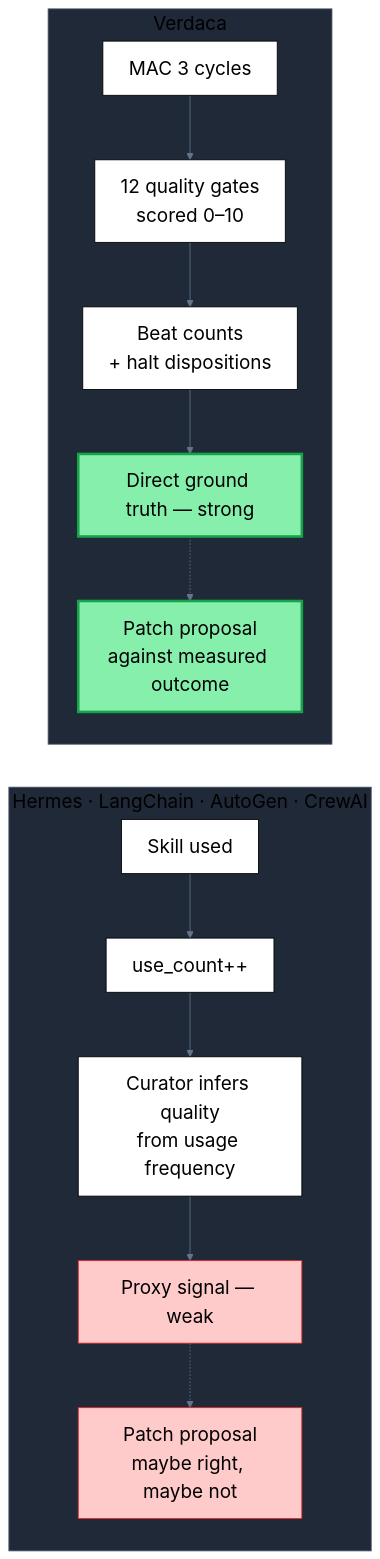
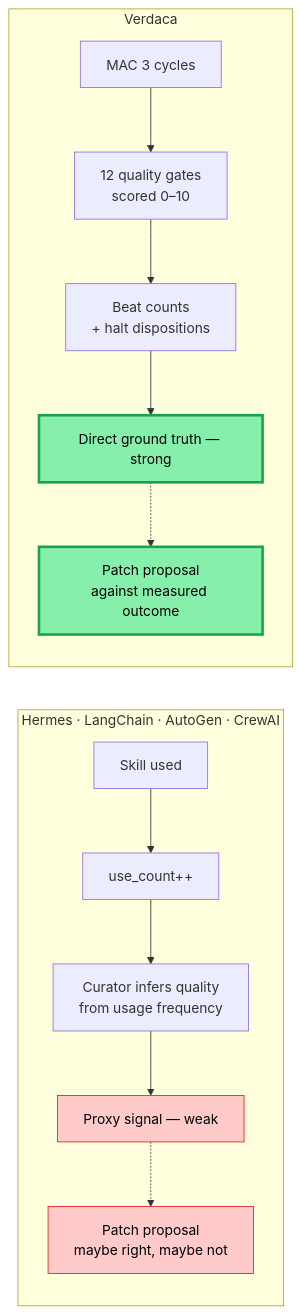
Before and after one commit to verdaca/VERDACA: the third of 13 diagrams in docs/architecture-diagrams.md, drawn with Mermaid. The commit also changed other lines of this file, not shown here.

First line of the commit message:
docs: Diagram 8 cleanup + font sizing per new rule

````diff
--- a/docs/architecture-diagrams.md
+++ b/docs/architecture-diagrams.md
@@ -92,20 +92,20 @@
 ```mermaid
-%%{init: {'theme': 'base', 'themeVariables': {'fontSize': '22px', 'primaryColor': '#fff', 'primaryTextColor': '#000', 'lineColor': '#64748b', 'nodeBorder': '#000', 'clusterBkg': '#1f2937', 'clusterBorder': '#475569'}}}%%
+%%{init: {'themeVariables': {'fontSize': '16px'}}}%%
 flowchart LR
     subgraph COMPETITORS["Hermes · LangChain · AutoGen · CrewAI"]
         H1["Skill used"] --> H2["use_count++"]
         H2 --> H3["Curator infers quality<br/>from usage frequency"]
         H3 --> H4["Proxy signal — weak"]:::weak
         H4 -.-> H5["Patch proposal<br/>maybe right, maybe not"]:::weak
     end
 
     subgraph VERDACA["Verdaca"]
         V1["MAC 3 cycles"] --> V2["12 quality gates<br/>scored 0–10"]
         V2 --> V3["Beat counts<br/>+ halt dispositions"]
         V3 --> V4["Direct ground truth — strong"]:::strong
         V4 -.-> V5["Patch proposal<br/>against measured outcome"]:::strong
     end
 
-    classDef weak fill:#fecaca,stroke:#dc2626,stroke-width:1px,color:#000,font-size:22px
-    classDef strong fill:#86efac,stroke:#16a34a,stroke-width:3px,color:#000,font-size:22px
+    classDef weak fill:#fecaca,stroke:#dc2626,stroke-width:1px,color:#000
+    classDef strong fill:#86efac,stroke:#16a34a,stroke-width:3px,color:#000
 ```
````
